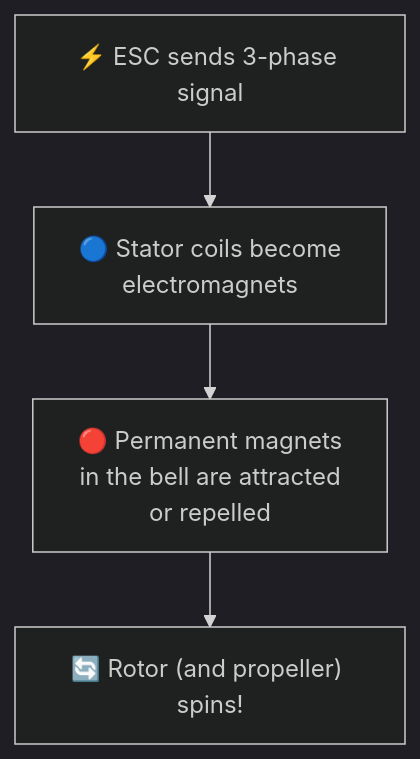
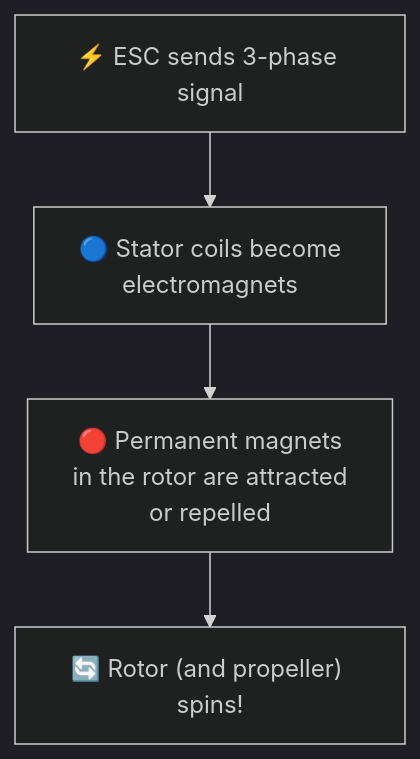
One commit to oyegunmen/JanFlight changed the third of 8 diagrams in docs/content/basics.md. Above: the diagram before and after it, drawn with Mermaid (dark theme). The commit also changed other lines of this file and 19 other files, not shown here.

````diff
--- a/docs/content/basics.md
+++ b/docs/content/basics.md
@@ -163,8 +137,8 @@
 ```mermaid
 flowchart TD
     ESC["⚡ ESC sends 3-phase signal"]
     COIL["🔵 Stator coils become\nelectromagnets"]
-    MAG["🔴 Permanent magnets\nin the bell are attracted\nor repelled"]
+    MAG["🔴 Permanent magnets\nin the rotor are attracted\nor repelled"]
     SPIN["🔄 Rotor (and propeller) spins!"]
     ESC --> COIL --> MAG --> SPIN
 ```
````
